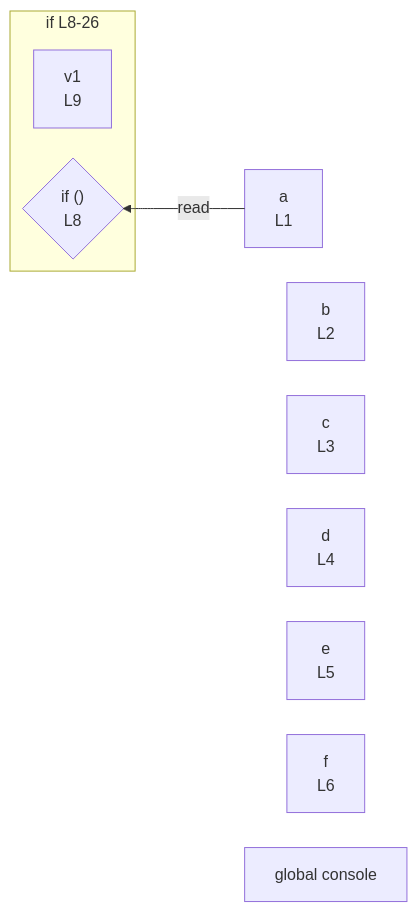
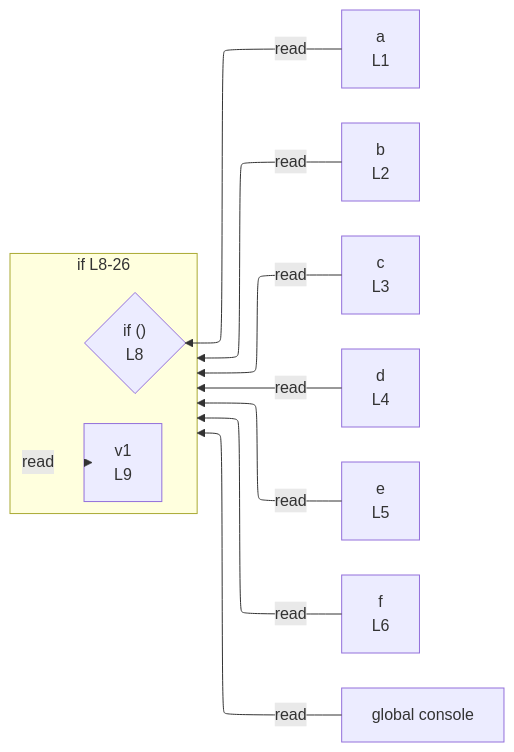
The diagram in integration/fixtures/app-behavior/depth/if/depth-1/preview.md (crescware/unsnarl), drawn with Mermaid before and after one commit. The commit also changed 63 other files, not shown here.

````diff
--- a/integration/fixtures/app-behavior/depth/if/depth-1/preview.md
+++ b/integration/fixtures/app-behavior/depth/if/depth-1/preview.md
@@ -36,17 +36,24 @@
 ```mermaid
 %%{init: {"flowchart": {"defaultRenderer": "elk"}}}%%
 flowchart RL
   n_scope_0_a_6["a<br/>L1"]
   n_scope_0_b_22["b<br/>L2"]
   n_scope_0_c_38["c<br/>L3"]
   n_scope_0_d_54["d<br/>L4"]
   n_scope_0_e_70["e<br/>L5"]
   n_scope_0_f_86["f<br/>L6"]
   n_scope_0_console_324["global console"]
   subgraph s_scope_1["if L8-26"]
     direction RL
     if_test_scope_0_97{"if ()<br/>L8"}
     n_scope_1_v1_114["v1<br/>L9"]
   end
   n_scope_0_a_6 -->|read| if_test_scope_0_97
+  n_scope_0_b_22 -->|read| s_scope_1
+  n_scope_1_v1_114 -->|read| s_scope_1
+  n_scope_0_c_38 -->|read| s_scope_1
+  n_scope_0_d_54 -->|read| s_scope_1
+  n_scope_0_e_70 -->|read| s_scope_1
+  n_scope_0_f_86 -->|read| s_scope_1
+  n_scope_0_console_324 -->|read| s_scope_1
 ```
````
